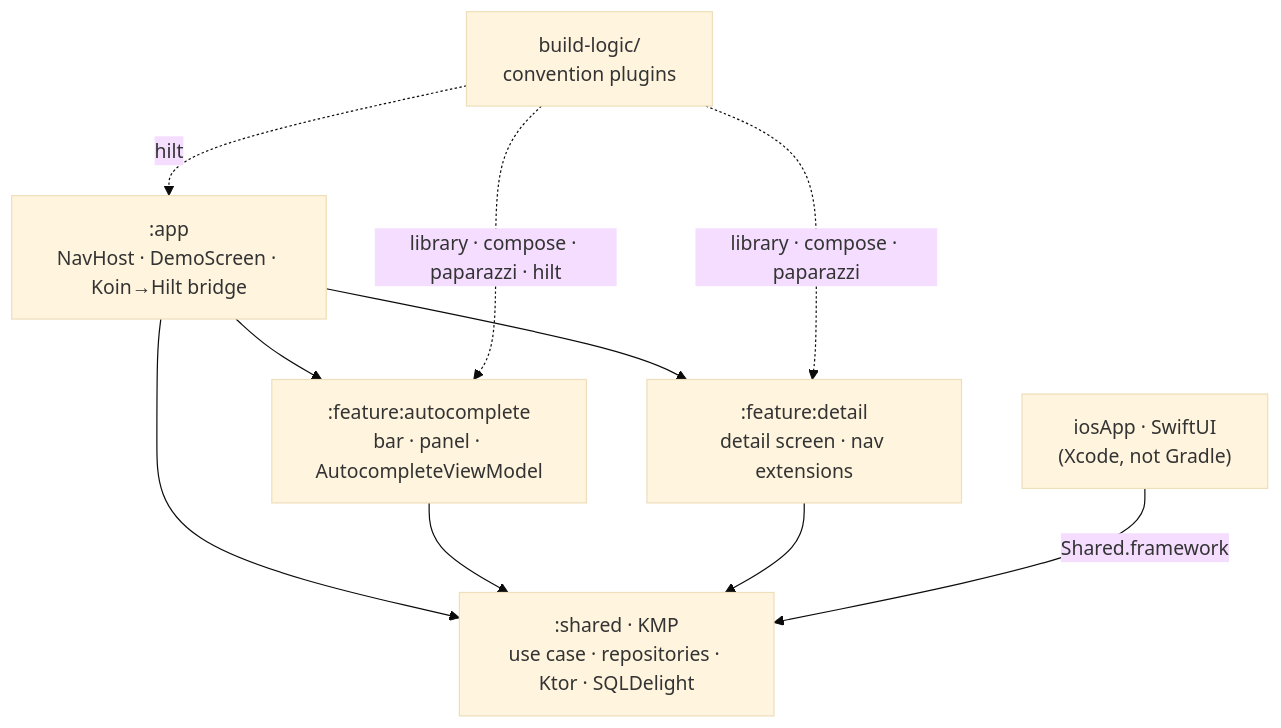
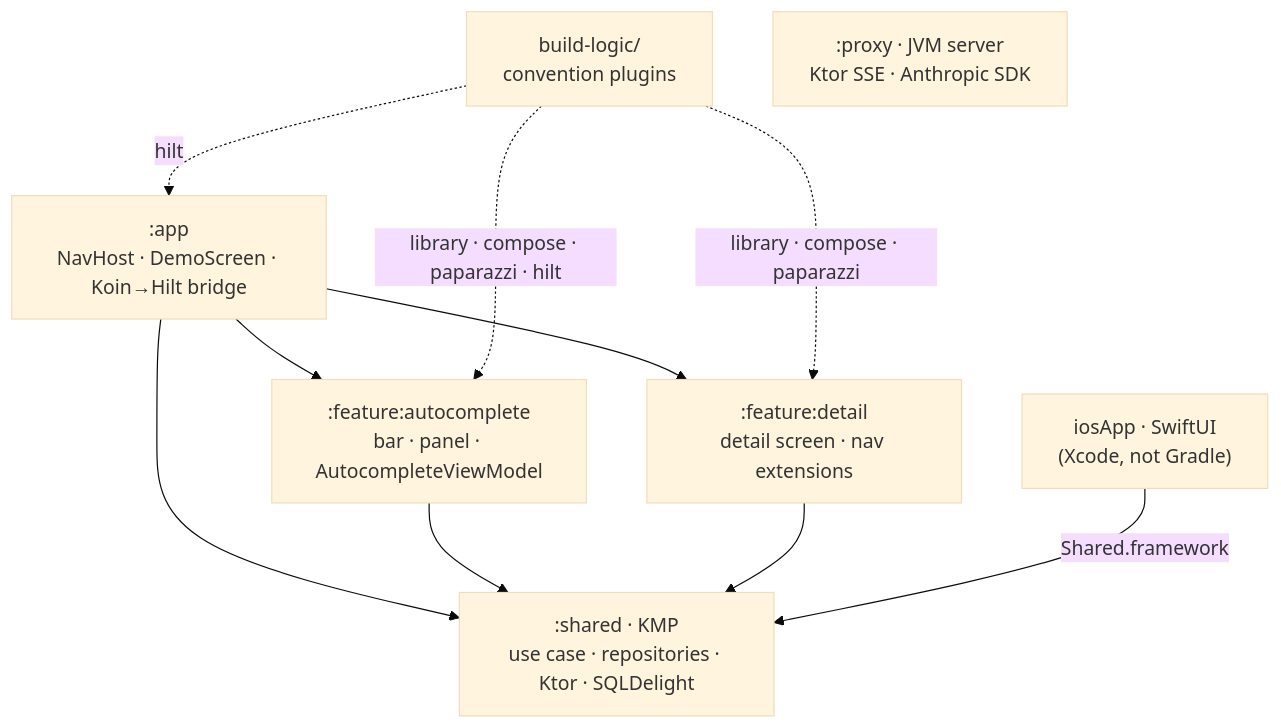
Before and after one commit to GregoryIwanek/CodingChallengeMakersDen: the diagram in docs/architecture/modularization.md, drawn with Mermaid (base theme). The commit also changed other lines of this file and 1 other file, not shown here.

First line of the commit message:
[DOCS] Document the :proxy module and how to run it

````diff
--- a/docs/architecture/modularization.md
+++ b/docs/architecture/modularization.md
@@ -51,19 +52,20 @@
 ```mermaid
 flowchart TD
     app[":app<br/>NavHost · DemoScreen · Koin→Hilt bridge"]
     auto[":feature:autocomplete<br/>bar · panel · AutocompleteViewModel"]
     detail[":feature:detail<br/>detail screen · nav extensions"]
     shared[":shared · KMP<br/>use case · repositories · Ktor · SQLDelight"]
     ios["iosApp · SwiftUI<br/>(Xcode, not Gradle)"]
     logic["build-logic/<br/>convention plugins"]
+    proxy[":proxy · JVM server<br/>Ktor SSE · Anthropic SDK"]
 
     app --> auto
     app --> detail
     app --> shared
     auto --> shared
     detail --> shared
     ios -->|Shared.framework| shared
     logic -.->|library · compose · paparazzi · hilt| auto
     logic -.->|library · compose · paparazzi| detail
     logic -.->|hilt| app
 ```
````
